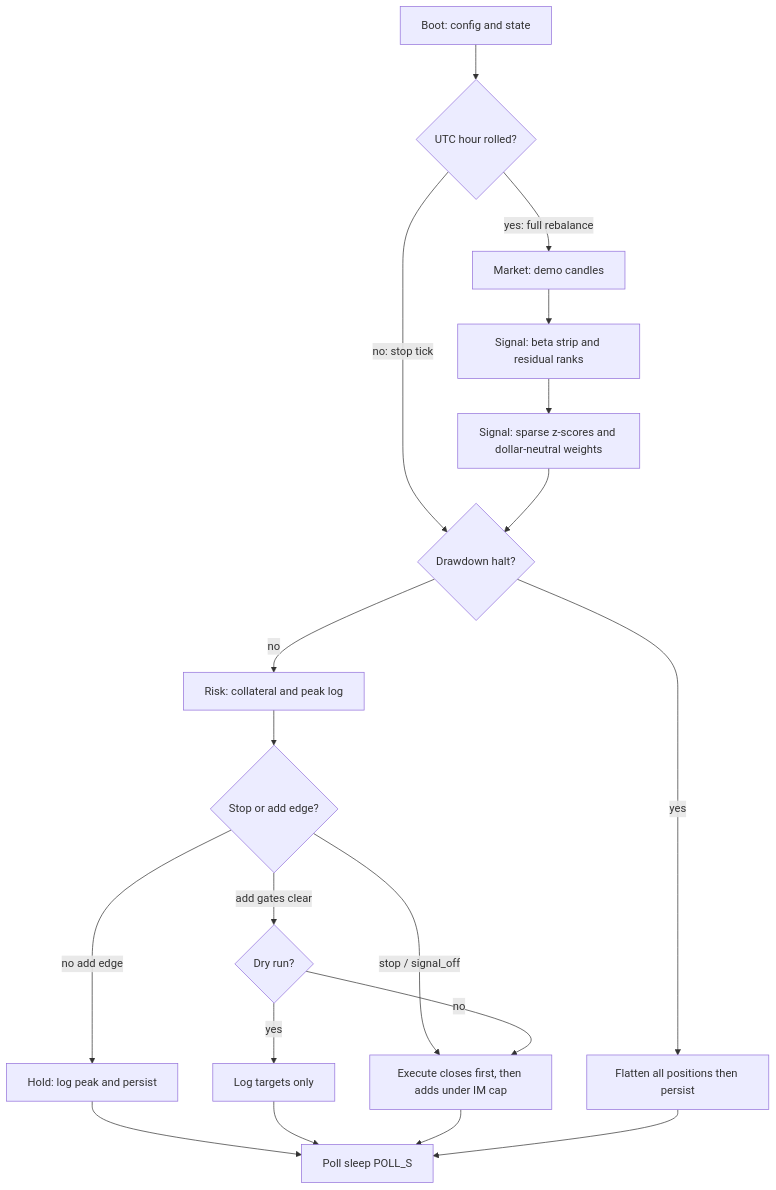
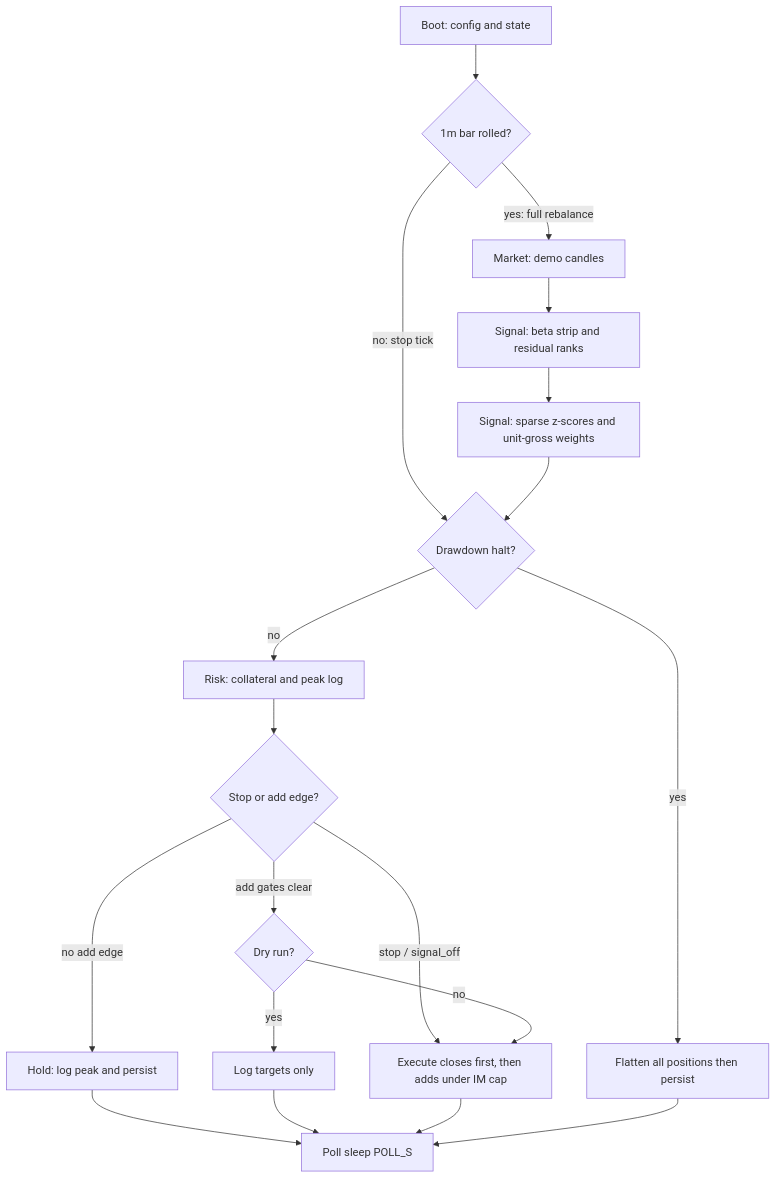
Before and after one commit to IsuruMahakumara/an-cszn-core: the second of 2 diagrams in docs/residual-trader.md, drawn with Mermaid. The commit also changed other lines of this file and 11 other files, not shown here.

````diff
--- a/docs/residual-trader.md
+++ b/docs/residual-trader.md
@@ -102,21 +102,21 @@
 ```mermaid
 flowchart TD
-  A[Boot: config and state] --> P{UTC hour rolled?}
+  A[Boot: config and state] --> P{1m bar rolled?}
   P -->|no: stop tick| E
   P -->|yes: full rebalance| B[Market: demo candles]
   B --> C[Signal: beta strip and residual ranks]
-  C --> D[Signal: sparse z-scores and dollar-neutral weights]
+  C --> D[Signal: sparse z-scores and unit-gross weights]
   D --> E{Drawdown halt?}
   E -->|yes| F[Flatten all positions then persist]
   E -->|no| G[Risk: collateral and peak log]
   G --> H{Stop or add edge?}
   H -->|stop / signal_off| L
   H -->|no add edge| I[Hold: log peak and persist]
   H -->|add gates clear| J{Dry run?}
   J -->|yes| K[Log targets only]
   J -->|no| L[Execute closes first, then adds under IM cap]
   I --> M[Poll sleep POLL_S]
   K --> M
   L --> M
   F --> M
 ```
````
